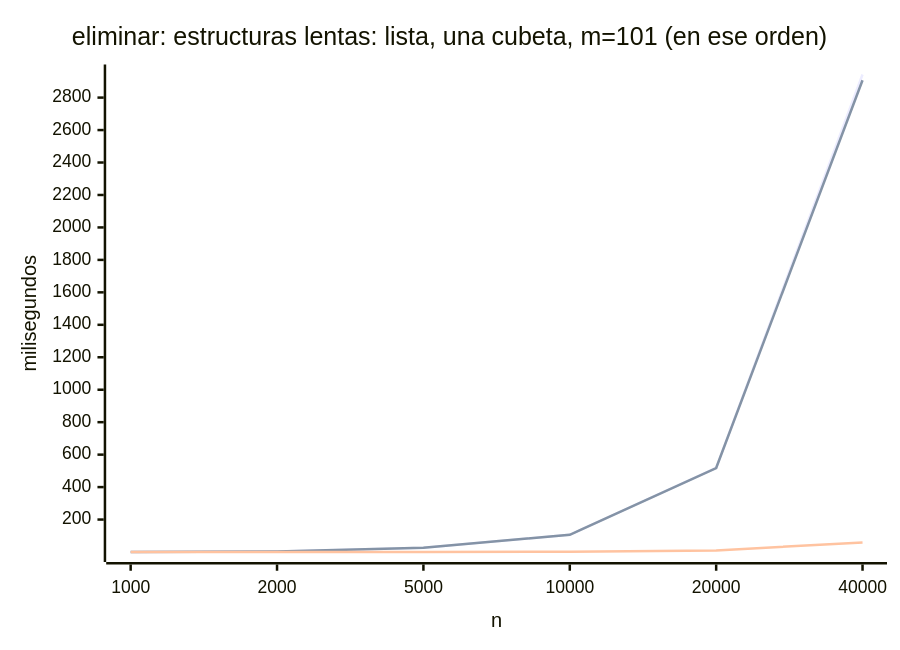
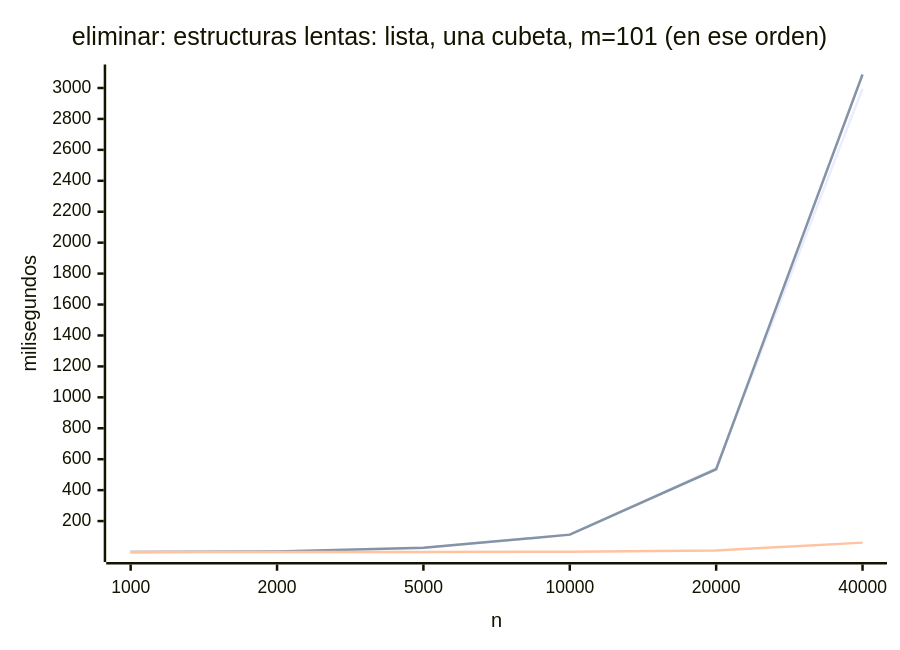
One commit to JuanManuelParedes/estr-2026-2-proyecto changed the third of 4 diagrams in docs/informe-final.md. Above: the diagram before and after it, drawn with Mermaid. The commit also changed other lines of this file and 4 other files, not shown here.

````diff
--- a/docs/informe-final.md
+++ b/docs/informe-final.md
@@ -512,9 +526,9 @@
 ```mermaid
 xychart-beta
   title "eliminar: estructuras lentas: lista, una cubeta, m=101 (en ese orden)"
   x-axis "n" [1000, 2000, 5000, 10000, 20000, 40000]
   y-axis "milisegundos"
-  line [0.729, 3.776, 25.577, 106.270, 518.298, 2942.360]
-  line [0.718, 3.683, 26.180, 106.109, 517.581, 2906.841]
-  line [0.070, 0.147, 0.748, 2.070, 9.913, 58.907]
+  line [0.719, 3.898, 26.636, 112.153, 542.659, 2995.803]
+  line [0.714, 3.712, 27.364, 112.320, 535.382, 3087.214]
+  line [0.070, 0.154, 0.572, 2.106, 10.000, 60.681]
 ```
````
